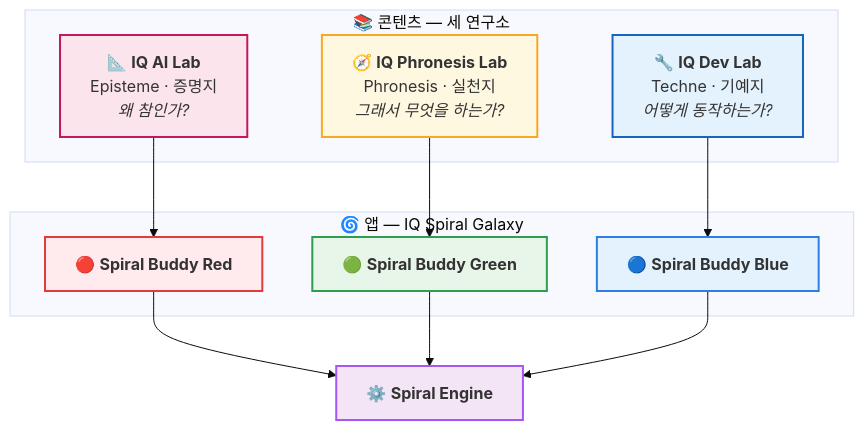
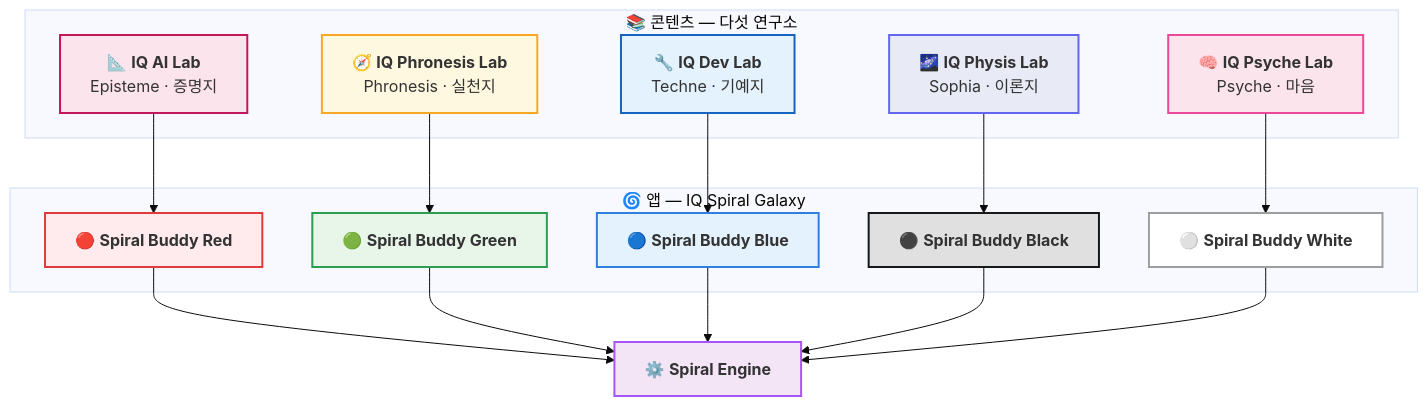
One commit to iq-spiral-galaxy/.github changed the first of 2 diagrams in profile/README.md. Above: the diagram before and after it, drawn with Mermaid (base theme). The commit also changed other lines of this file, not shown here.

First line of the commit message:
Add Black (Physis) and White (Psyche) buddies

````diff
--- a/profile/README.md
+++ b/profile/README.md
@@ -43,32 +47,44 @@
 ```mermaid
 graph TD
-    subgraph CONTENT["📚 콘텐츠 — 세 연구소"]
-        AILAB["📐 <b>IQ AI Lab</b><br/>Episteme · 증명지<br/><i>왜 참인가?</i>"]
-        DEVLAB["🔧 <b>IQ Dev Lab</b><br/>Techne · 기예지<br/><i>어떻게 동작하는가?</i>"]
-        PHRLAB["🧭 <b>IQ Phronesis Lab</b><br/>Phronesis · 실천지<br/><i>그래서 무엇을 하는가?</i>"]
+    subgraph CONTENT["📚 콘텐츠 — 다섯 연구소"]
+        AILAB["📐 <b>IQ AI Lab</b><br/>Episteme · 증명지"]
+        DEVLAB["🔧 <b>IQ Dev Lab</b><br/>Techne · 기예지"]
+        PHRLAB["🧭 <b>IQ Phronesis Lab</b><br/>Phronesis · 실천지"]
+        PHYLAB["🌌 <b>IQ Physis Lab</b><br/>Sophia · 이론지"]
+        PSYLAB["🧠 <b>IQ Psyche Lab</b><br/>Psyche · 마음"]
     end
 
     subgraph APPS["🌀 앱 — IQ Spiral Galaxy"]
         RED["🔴 <b>Spiral Buddy Red</b>"]
         GREEN["🟢 <b>Spiral Buddy Green</b>"]
         BLUE["🔵 <b>Spiral Buddy Blue</b>"]
+        BLACK["⚫ <b>Spiral Buddy Black</b>"]
+        WHITE["⚪ <b>Spiral Buddy White</b>"]
     end
 
     ENGINE["⚙️ <b>Spiral Engine</b>"]
 
     AILAB --> RED
     DEVLAB --> BLUE
     PHRLAB --> GREEN
+    PHYLAB --> BLACK
+    PSYLAB --> WHITE
 
     RED --> ENGINE
     GREEN --> ENGINE
     BLUE --> ENGINE
+    BLACK --> ENGINE
+    WHITE --> ENGINE
 
     style AILAB fill:#fce4ec,stroke:#c2185b,stroke-width:2px
     style DEVLAB fill:#e3f2fd,stroke:#1565c0,stroke-width:2px
     style PHRLAB fill:#fff8e1,stroke:#f9a825,stroke-width:2px
+    style PHYLAB fill:#e8eaf6,stroke:#6366f1,stroke-width:2px
+    style PSYLAB fill:#fce4ec,stroke:#ec4899,stroke-width:2px
     style RED fill:#ffebee,stroke:#e23b3b,stroke-width:2px
     style GREEN fill:#e8f5e9,stroke:#2e9d52,stroke-width:2px
     style BLUE fill:#e3f2fd,stroke:#2f7fe2,stroke-width:2px
+    style BLACK fill:#e0e0e0,stroke:#181818,stroke-width:2px
+    style WHITE fill:#ffffff,stroke:#9e9e9e,stroke-width:2px
     style ENGINE fill:#f3e5f5,stroke:#a855f7,stroke-width:2px
 ```
````
